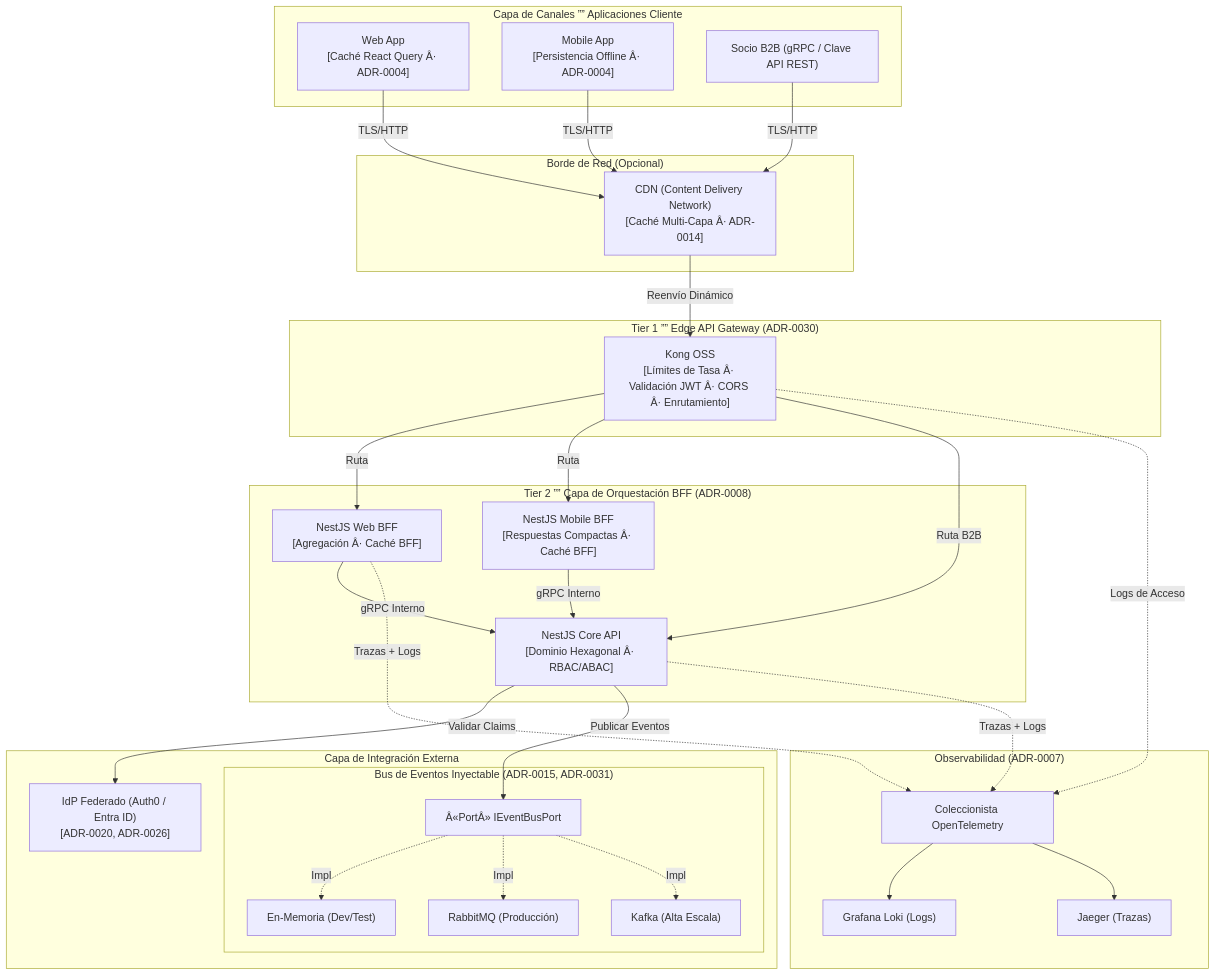
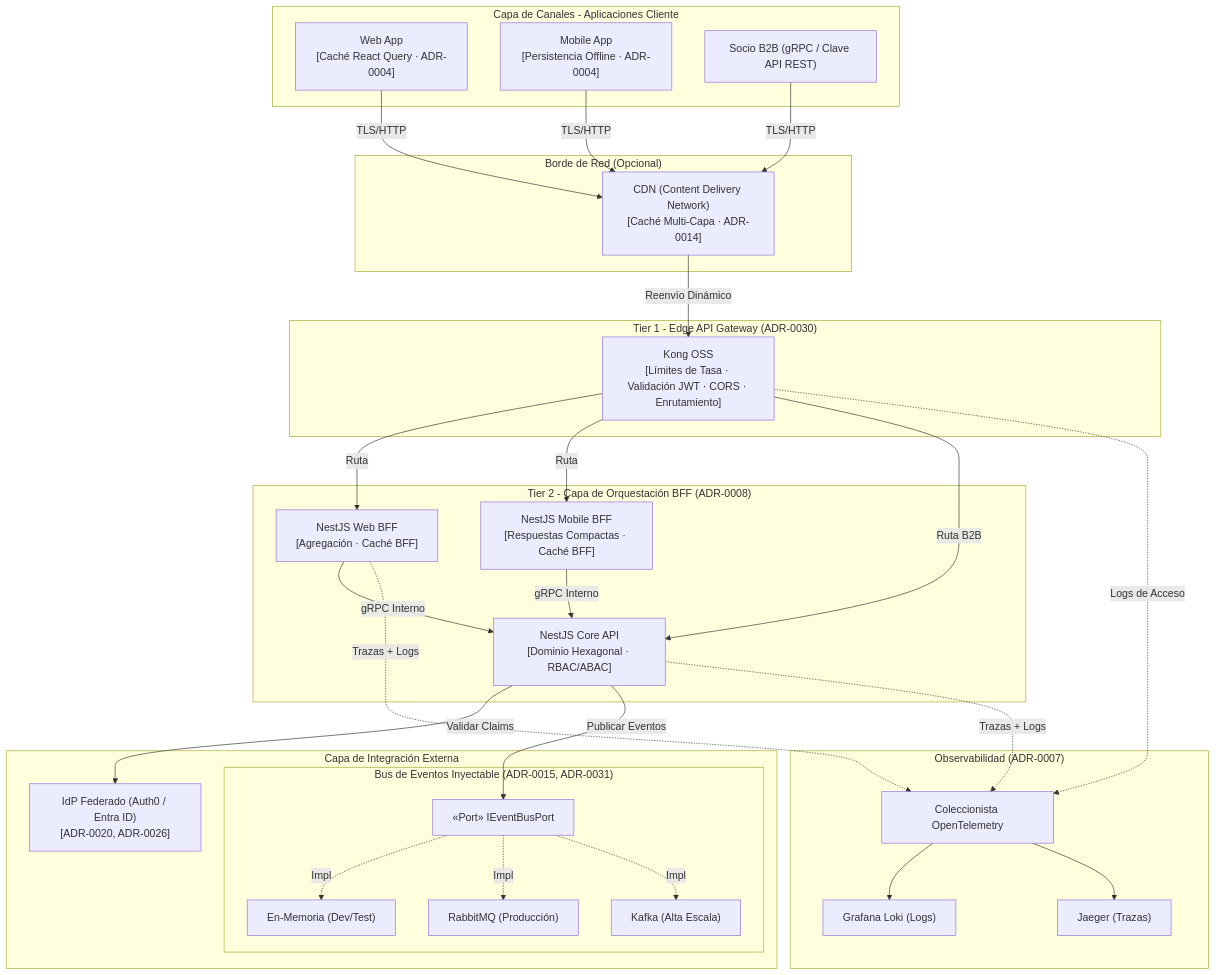
One commit to beyondnetcode/arc32_progresive_monolith changed the first of 6 diagrams in architecture/blueprints-es/reference-blueprint.md. Above: the diagram before and after it, drawn with Mermaid. The commit also changed other lines of this file and 328 other files, not shown here.

Commit message:
chore: update and synchronize governance, architecture, and SDLC documentation across multiple languages

````diff
--- a/architecture/blueprints-es/reference-blueprint.md
+++ b/architecture/blueprints-es/reference-blueprint.md
@@ -76,61 +76,61 @@
 ```mermaid
 graph TD
-    subgraph Clients["Capa de Canales ”” Aplicaciones Cliente"]
-        WebApp["Web App\n[Caché React Query Â· ADR-0004]"]
-        MobileApp["Mobile App\n[Persistencia Offline Â· ADR-0004]"]
-        B2B["Socio B2B (gRPC / Clave API REST)"]
-    end
+ subgraph Clients["Capa de Canales - Aplicaciones Cliente"]
+ WebApp["Web App\n[Caché React Query · ADR-0004]"]
+ MobileApp["Mobile App\n[Persistencia Offline · ADR-0004]"]
+ B2B["Socio B2B (gRPC / Clave API REST)"]
+ end
 
-    subgraph NetEdge["Borde de Red (Opcional)"]
-        CDN["CDN (Content Delivery Network)\n[Caché Multi-Capa Â· ADR-0014]"]
-    end
+ subgraph NetEdge["Borde de Red (Opcional)"]
+ CDN["CDN (Content Delivery Network)\n[Caché Multi-Capa · ADR-0014]"]
+ end
 
-    subgraph Tier1["Tier 1 ”” Edge API Gateway (ADR-0030)"]
-        Kong["Kong OSS\n[Lí­mites de Tasa Â· Validación JWT Â· CORS Â· Enrutamiento]"]
-    end
+ subgraph Tier1["Tier 1 - Edge API Gateway (ADR-0030)"]
+ Kong["Kong OSS\n[Límites de Tasa · Validación JWT · CORS · Enrutamiento]"]
+ end
 
-    subgraph Tier2["Tier 2 ”” Capa de Orquestación BFF (ADR-0008)"]
-        WebBFF["NestJS Web BFF\n[Agregación Â· Caché BFF]"]
-        MobileBFF["NestJS Mobile BFF\n[Respuestas Compactas Â· Caché BFF]"]
-        CoreAPI["NestJS Core API\n[Dominio Hexagonal Â· RBAC/ABAC]"]
-    end
+ subgraph Tier2["Tier 2 - Capa de Orquestación BFF (ADR-0008)"]
+ WebBFF["NestJS Web BFF\n[Agregación · Caché BFF]"]
+ MobileBFF["NestJS Mobile BFF\n[Respuestas Compactas · Caché BFF]"]
+ CoreAPI["NestJS Core API\n[Dominio Hexagonal · RBAC/ABAC]"]
+ end
 
-    subgraph ExternalIntegrations["Capa de Integración Externa"]
-        IdP["IdP Federado (Auth0 / Entra ID)\n[ADR-0020, ADR-0026]"]
-        
-        subgraph EventBusAbstraction["Bus de Eventos Inyectable (ADR-0015, ADR-0031)"]
-            IBusPort["Â«PortÂ» IEventBusPort"]
-            InMemory["En-Memoria (Dev/Test)"]
-            RabbitMQ["RabbitMQ (Producción)"]
-            Kafka["Kafka (Alta Escala)"]
-            IBusPort -.->|Impl| InMemory
-            IBusPort -.->|Impl| RabbitMQ
-            IBusPort -.->|Impl| Kafka
-        end
-    end
+ subgraph ExternalIntegrations["Capa de Integración Externa"]
+ IdP["IdP Federado (Auth0 / Entra ID)\n[ADR-0020, ADR-0026]"]
+ 
+ subgraph EventBusAbstraction["Bus de Eventos Inyectable (ADR-0015, ADR-0031)"]
+ IBusPort["«Port» IEventBusPort"]
+ InMemory["En-Memoria (Dev/Test)"]
+ RabbitMQ["RabbitMQ (Producción)"]
+ Kafka["Kafka (Alta Escala)"]
+ IBusPort -.->|Impl| InMemory
+ IBusPort -.->|Impl| RabbitMQ
+ IBusPort -.->|Impl| Kafka
+ end
+ end
 
-    subgraph ObsLayer["Observabilidad (ADR-0007)"]
-        OTel["Coleccionista OpenTelemetry"]
-        Loki["Grafana Loki (Logs)"]
-        Jaeger["Jaeger (Trazas)"]
-        OTel --> Loki
-        OTel --> Jaeger
-    end
+ subgraph ObsLayer["Observabilidad (ADR-0007)"]
+ OTel["Coleccionista OpenTelemetry"]
+ Loki["Grafana Loki (Logs)"]
+ Jaeger["Jaeger (Trazas)"]
+ OTel --> Loki
+ OTel --> Jaeger
+ end
 
-    WebApp & MobileApp & B2B -->|TLS/HTTP| CDN
-    CDN -->|Reenví­o Dinámico| Kong
+ WebApp & MobileApp & B2B -->|TLS/HTTP| CDN
+ CDN -->|Reenvío Dinámico| Kong
 
-    Kong -->|Ruta| WebBFF
-    Kong -->|Ruta| MobileBFF
-    Kong -->|Ruta B2B| CoreAPI
+ Kong -->|Ruta| WebBFF
+ Kong -->|Ruta| MobileBFF
+ Kong -->|Ruta B2B| CoreAPI
 
-    WebBFF -->|gRPC Interno| CoreAPI
-    MobileBFF -->|gRPC Interno| CoreAPI
+ WebBFF -->|gRPC Interno| CoreAPI
+ MobileBFF -->|gRPC Interno| CoreAPI
 
-    CoreAPI -->|Validar Claims| IdP
-    CoreAPI -->|Publicar Eventos| IBusPort
+ CoreAPI -->|Validar Claims| IdP
+ CoreAPI -->|Publicar Eventos| IBusPort
 
-    CoreAPI -.->|Trazas + Logs| OTel
-    WebBFF -.->|Trazas + Logs| OTel
-    Kong -.->|Logs de Acceso| OTel
+ CoreAPI -.->|Trazas + Logs| OTel
+ WebBFF -.->|Trazas + Logs| OTel
+ Kong -.->|Logs de Acceso| OTel
 ```
````
